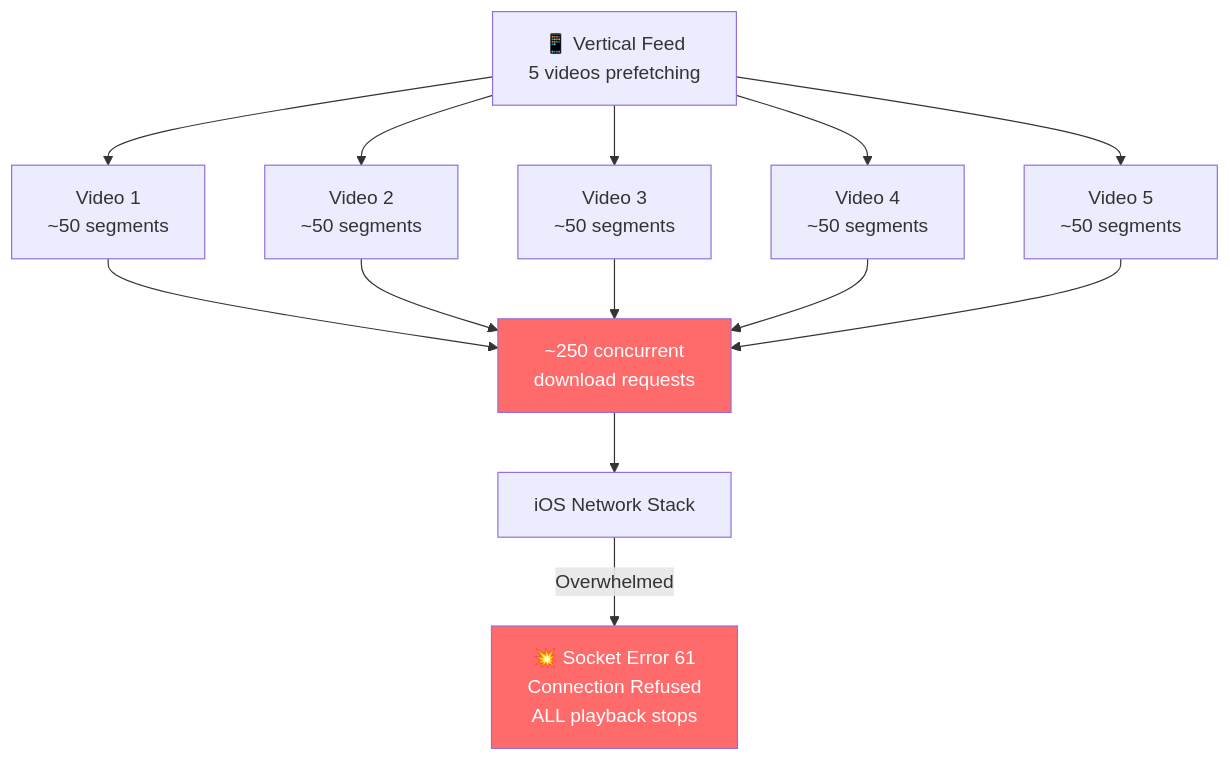
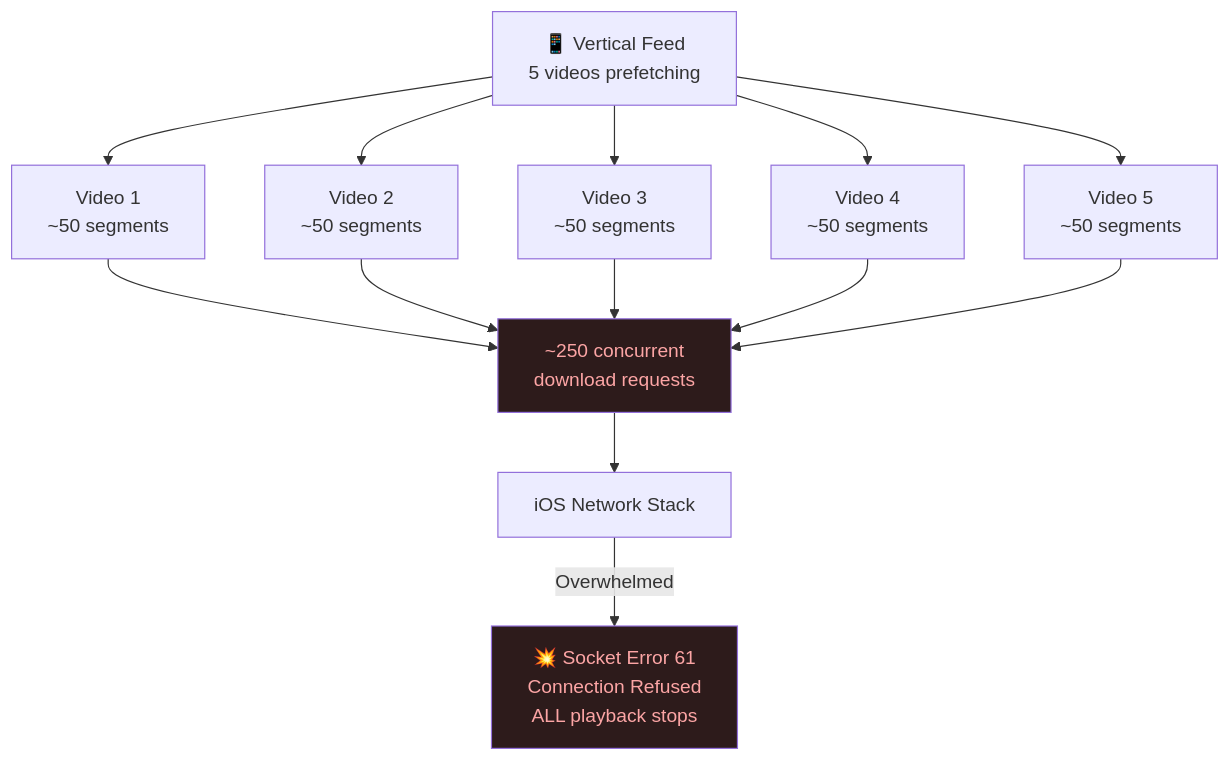
The eighth of 13 diagrams in src/content/case-studies/expo-video-ios-offline-caching.md (Monisankarnath/monisankarnath-portfolio), drawn with Mermaid before and after one commit. The commit also changed other lines of this file and 19 other files, not shown here.

Commit message:
chore: mermaid build and listing revamp

````diff
--- a/src/content/case-studies/expo-video-ios-offline-caching.md
+++ b/src/content/case-studies/expo-video-ios-offline-caching.md
@@ -469,20 +471,20 @@
 ```mermaid
 flowchart TD
-    Feed["📱 Vertical Feed\n5 videos prefetching"] --> V1["Video 1\n~50 segments"]
-    Feed --> V2["Video 2\n~50 segments"]
-    Feed --> V3["Video 3\n~50 segments"]
-    Feed --> V4["Video 4\n~50 segments"]
-    Feed --> V5["Video 5\n~50 segments"]
+    Feed["📱 Vertical Feed<br/>5 videos prefetching"] --> V1["Video 1<br/>~50 segments"]
+    Feed --> V2["Video 2<br/>~50 segments"]
+    Feed --> V3["Video 3<br/>~50 segments"]
+    Feed --> V4["Video 4<br/>~50 segments"]
+    Feed --> V5["Video 5<br/>~50 segments"]
 
-    V1 --> Total["~250 concurrent\ndownload requests"]
+    V1 --> Total["~250 concurrent<br/>download requests"]
     V2 --> Total
     V3 --> Total
     V4 --> Total
     V5 --> Total
 
     Total --> OS["iOS Network Stack"]
-    OS -->|"Overwhelmed"| Error["💥 Socket Error 61\nConnection Refused\nALL playback stops"]
+    OS -->|"Overwhelmed"| Error["💥 Socket Error 61<br/>Connection Refused<br/>ALL playback stops"]
 
-    style Error fill:#FF6B6B,color:#fff
-    style Total fill:#FF6B6B,color:#fff
+    style Error fill:#2d1b1b,color:#fca5a5
+    style Total fill:#2d1b1b,color:#fca5a5
 ```
````
